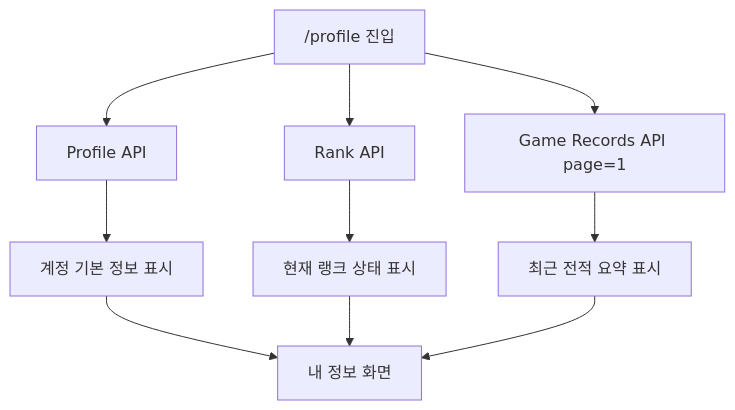
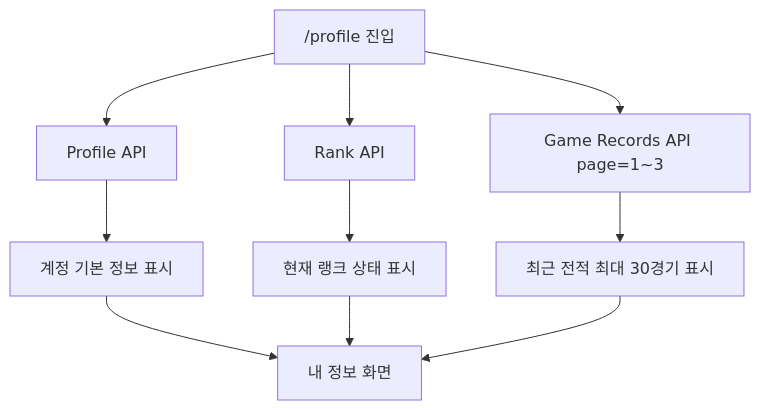
The second of 2 diagrams in docs/antigravity/frontend/issue-118-my-profile-page.md (moonwhistle/League-of-Star), drawn with Mermaid before and after one commit. The commit also changed other lines of this file and 5 other files, not shown here.

````diff
--- a/docs/antigravity/frontend/issue-118-my-profile-page.md
+++ b/docs/antigravity/frontend/issue-118-my-profile-page.md
@@ -369,12 +368,12 @@
 ```mermaid
 flowchart TD
     A["/profile 진입"] --> B["Profile API"]
     A --> C["Rank API"]
-    A --> D["Game Records API page=1"]
+    A --> D["Game Records API page=1~3"]
     B --> E["계정 기본 정보 표시"]
     C --> F["현재 랭크 상태 표시"]
-    D --> G["최근 전적 요약 표시"]
+    D --> G["최근 전적 최대 30경기 표시"]
     E --> H["내 정보 화면"]
     F --> H
     G --> H
 ```
````
